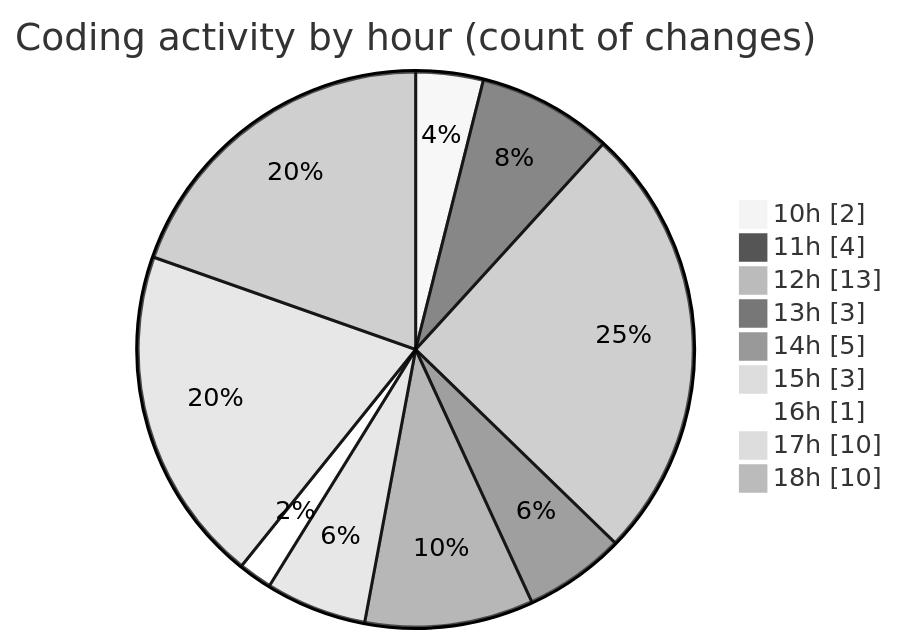
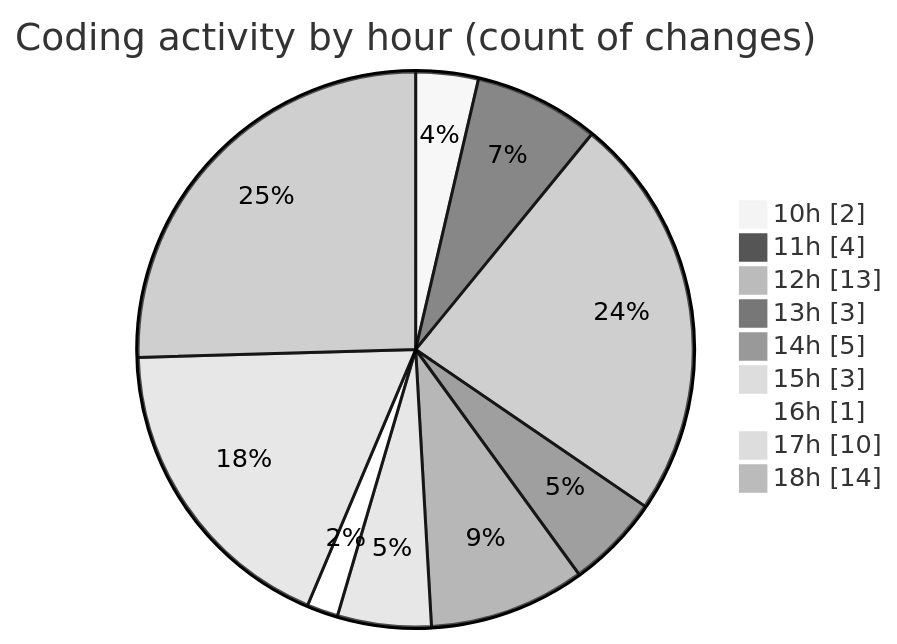
The second of 2 diagrams in 2025-11-06/nxtqube_webapp/README.md (nxtqubesakshisongat/code-tracking), drawn with Mermaid (neutral theme) before and after one commit. The commit also changed other lines of this file and 1 other file, not shown here.

````diff
--- a/2025-11-06/nxtqube_webapp/README.md
+++ b/2025-11-06/nxtqube_webapp/README.md
@@ -42,13 +43,13 @@
 ```mermaid
 pie showData
 title Coding activity by hour (count of changes)
 "10h" : 2
 "11h" : 4
 "12h" : 13
 "13h" : 3
 "14h" : 5
 "15h" : 3
 "16h" : 1
 "17h" : 10
-"18h" : 10
+"18h" : 14
 ```
````
